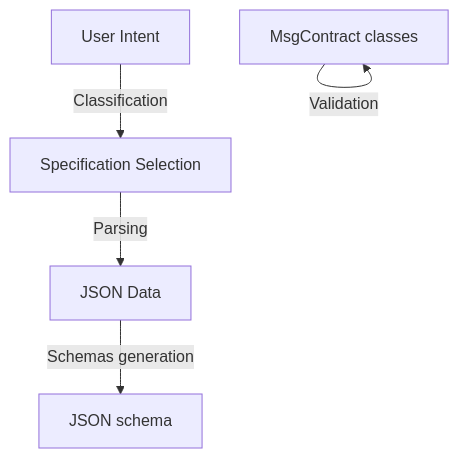
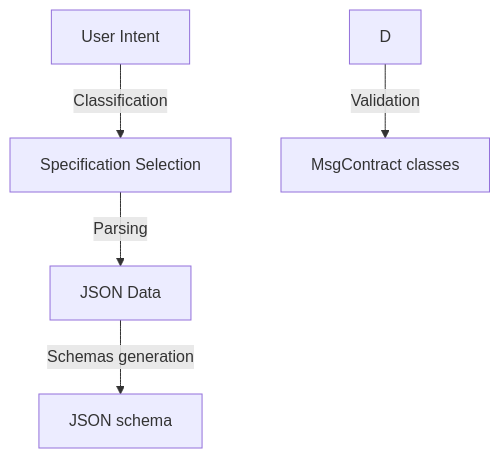
Before and after one commit to nayname/ntrn: the diagram in README.md, drawn with Mermaid.

````diff
--- a/README.md
+++ b/README.md
@@ -25,7 +25,7 @@
 ```mermaid
 graph TD
     A[User Intent] -->|Classification| B[Specification Selection]
     B -->|Parsing| C[JSON Data]
     C -->|Schemas generation| E[JSON schema]
-    D -->|Validation| D[MsgContract classes]
+    D -->|Validation| c[MsgContract classes]
 ```
````
